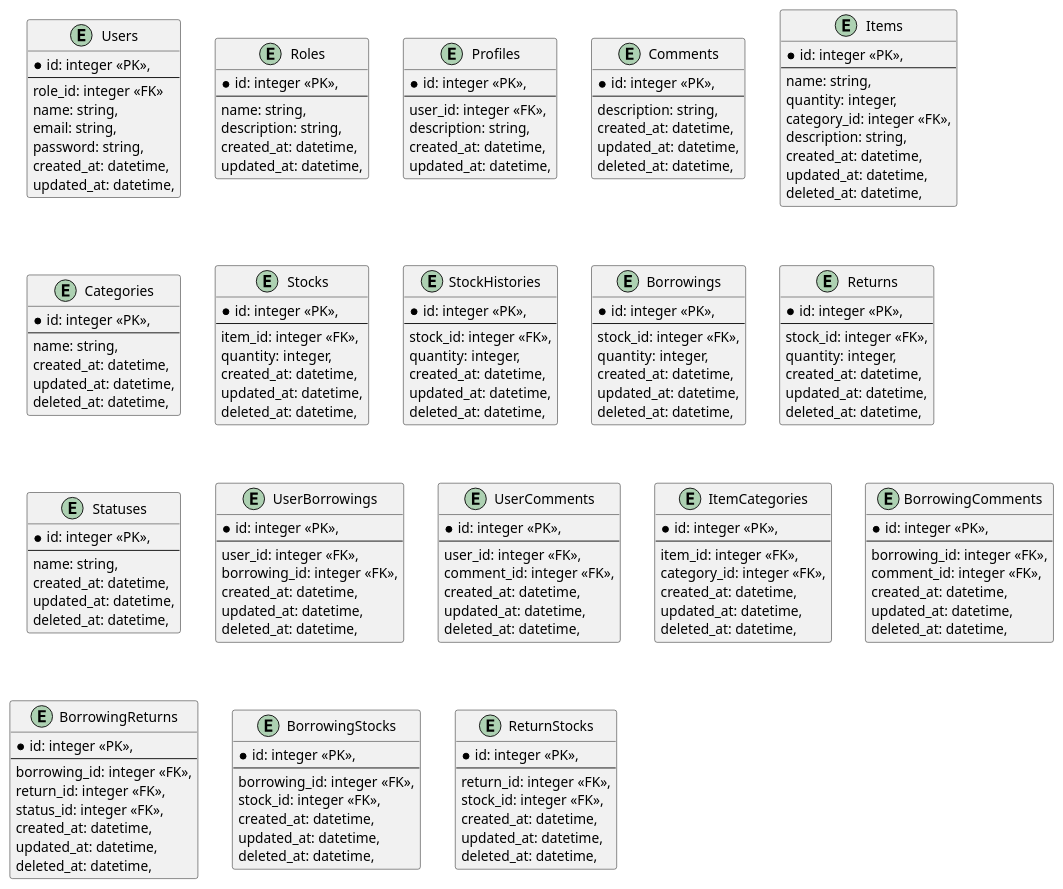
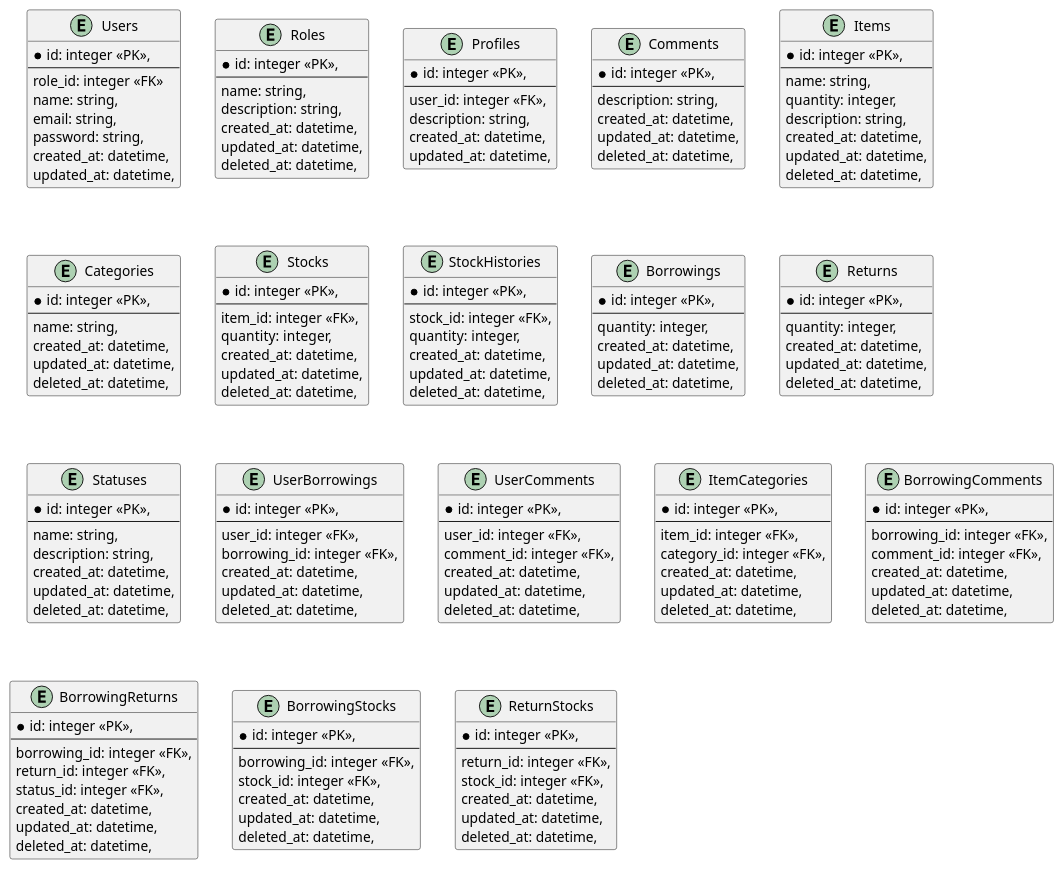
One commit to Masaya-j9/stock-app-backend changed the diagram in blue-print/er-diagrams/tables.pu. Above: the diagram before and after it, drawn with PlantUML. The commit also changed 1 other file, not shown here.

```diff
--- a/blue-print/er-diagrams/tables.pu
+++ b/blue-print/er-diagrams/tables.pu
@@ -1,191 +1,190 @@
 @startuml stock_app
 
 '  ユーザー関連
 entity "Users" as users {
   *id: integer <<PK>>,
   --
   role_id: integer <<FK>>
   name: string,
   email: string,
   password: string,
   created_at: datetime,
   updated_at: datetime,
 }
 
 ' 一般ユーザーか管理者かを分ける
 entity "Roles" as roles {
   *id: integer <<PK>>,
   --
   name: string,
   description: string,
   created_at: datetime,
   updated_at: datetime,
+  deleted_at: datetime,
 }
 
 ' マイページ画面で利用
 entity "Profiles" as profiles {
   *id: integer <<PK>>,
   --
   user_id: integer <<FK>>,
   description: string,
   created_at: datetime,
   updated_at: datetime,
 }
 
 ' ユーザーが借りている物にコメントを入れる
 entity "Comments" as comments {
   *id: integer <<PK>>,
   --
   description: string,
   created_at: datetime,
   updated_at: datetime,
   deleted_at: datetime,
 }
 
 ' 商品関連
 ' 商品登録で利用
 entity "Items" as items {
   *id: integer <<PK>>,
   --
   name: string,
   quantity: integer,
-  category_id: integer <<FK>>,
   description: string,
   created_at: datetime,
   updated_at: datetime,
   deleted_at: datetime,
 }
 
 entity "Categories" as categories {
   *id: integer <<PK>>,
   --
   name: string,
   created_at: datetime,
   updated_at: datetime,
   deleted_at: datetime,
 }
 
 ' 在庫管理で利用
 entity "Stocks" as stocks {
   *id: integer <<PK>>,
   --
   item_id: integer <<FK>>,
   quantity: integer,
   created_at: datetime,
   updated_at: datetime,
   deleted_at: datetime,
 }
 
 entity "StockHistories" as stock_histories {
   *id: integer <<PK>>,
   --
   stock_id: integer <<FK>>,
   quantity: integer,
   created_at: datetime,
   updated_at: datetime,
   deleted_at: datetime,
 }
 
 ' レンタル関連
 entity "Borrowings" as borrowings {
   *id: integer <<PK>>,
   --
-  stock_id: integer <<FK>>,
   quantity: integer,
   created_at: datetime,
   updated_at: datetime,
   deleted_at: datetime,
 }
 
 entity "Returns" as returns {
   *id: integer <<PK>>,
   --
-  stock_id: integer <<FK>>,
   quantity: integer,
   created_at: datetime,
   updated_at: datetime,
   deleted_at: datetime,
 }
 
 entity "Statuses" as statuses {
   *id: integer <<PK>>,
   --
   name: string,
+  description: string,
   created_at: datetime,
   updated_at: datetime,
   deleted_at: datetime,
 }
 
 ' 中間テーブル
 entity "UserBorrowings" as user_borrowings {
   *id: integer <<PK>>,
   --
   user_id: integer <<FK>>,
   borrowing_id: integer <<FK>>,
   created_at: datetime,
   updated_at: datetime,
   deleted_at: datetime,
 }
 
 entity "UserComments" as user_comments {
   *id: integer <<PK>>,
   --
   user_id: integer <<FK>>,
   comment_id: integer <<FK>>,
   created_at: datetime,
   updated_at: datetime,
   deleted_at: datetime,
 }
 
 entity "ItemCategories" as item_categories {
   *id: integer <<PK>>,
   --
   item_id: integer <<FK>>,
   category_id: integer <<FK>>,
   created_at: datetime,
   updated_at: datetime,
   deleted_at: datetime,
 }
 
 entity "BorrowingComments" as borrowing_comments {
   *id: integer <<PK>>,
   --
   borrowing_id: integer <<FK>>,
   comment_id: integer <<FK>>,
   created_at: datetime,
   updated_at: datetime,
   deleted_at: datetime,
 }
 
 entity "BorrowingReturns" as borrowing_returns {
   *id: integer <<PK>>,
   --
   borrowing_id: integer <<FK>>,
   return_id: integer <<FK>>,
   status_id: integer <<FK>>,
   created_at: datetime,
   updated_at: datetime,
   deleted_at: datetime,
 }
 
 entity "BorrowingStocks" as borrowing_stocks {
   *id: integer <<PK>>,
   --
   borrowing_id: integer <<FK>>,
   stock_id: integer <<FK>>,
   created_at: datetime,
   updated_at: datetime,
   deleted_at: datetime,
 }
 
 entity "ReturnStocks" as return_stocks {
   *id: integer <<PK>>,
   --
   return_id: integer <<FK>>,
   stock_id: integer <<FK>>,
   created_at: datetime,
   updated_at: datetime,
   deleted_at: datetime,
 }
 
 @enduml
```
